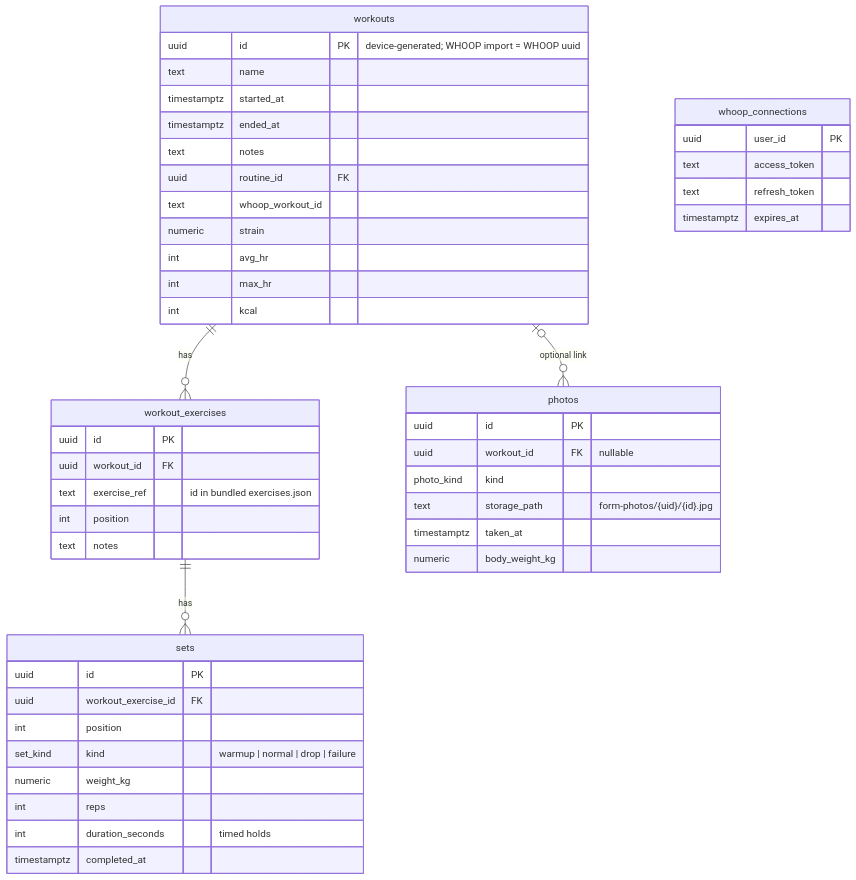
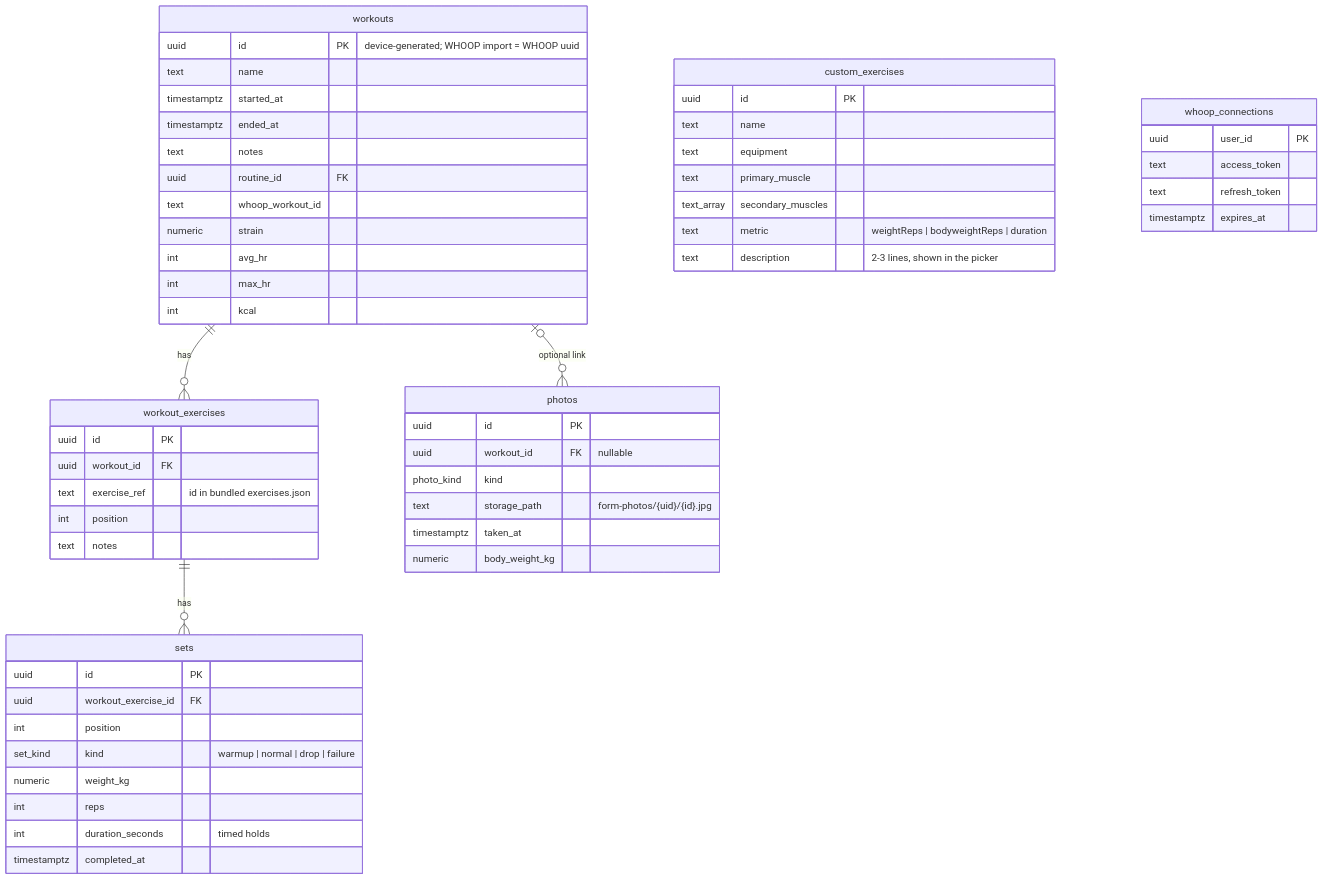
The second of 6 diagrams in docs/ARCHITECTURE.md (divyanshugit/form), drawn with Mermaid before and after one commit. The commit also changed other lines of this file and 5 other files, not shown here.

First line of the commit message:
docs: WHOOP token rotation, custom exercises, 52 tests

````diff
--- a/docs/ARCHITECTURE.md
+++ b/docs/ARCHITECTURE.md
@@ -75,50 +75,59 @@
 ```mermaid
 erDiagram
   workouts ||--o{ workout_exercises : has
   workout_exercises ||--o{ sets : has
   workouts |o--o{ photos : "optional link"
+  custom_exercises {
+    uuid id PK
+    text name
+    text equipment
+    text primary_muscle
+    text_array secondary_muscles
+    text metric "weightReps | bodyweightReps | duration"
+    text description "2-3 lines, shown in the picker"
+  }
   workouts {
     uuid id PK "device-generated; WHOOP import = WHOOP uuid"
     text name
     timestamptz started_at
     timestamptz ended_at
     text notes
     uuid routine_id FK
     text whoop_workout_id
     numeric strain
     int avg_hr
     int max_hr
     int kcal
   }
   workout_exercises {
     uuid id PK
     uuid workout_id FK
     text exercise_ref "id in bundled exercises.json"
     int position
     text notes
   }
   sets {
     uuid id PK
     uuid workout_exercise_id FK
     int position
     set_kind kind "warmup | normal | drop | failure"
     numeric weight_kg
     int reps
     int duration_seconds "timed holds"
     timestamptz completed_at
   }
   photos {
     uuid id PK
     uuid workout_id FK "nullable"
     photo_kind kind
     text storage_path "form-photos/{uid}/{id}.jpg"
     timestamptz taken_at
     numeric body_weight_kg
   }
   whoop_connections {
     uuid user_id PK
     text access_token
     text refresh_token
     timestamptz expires_at
   }
 ```
````
